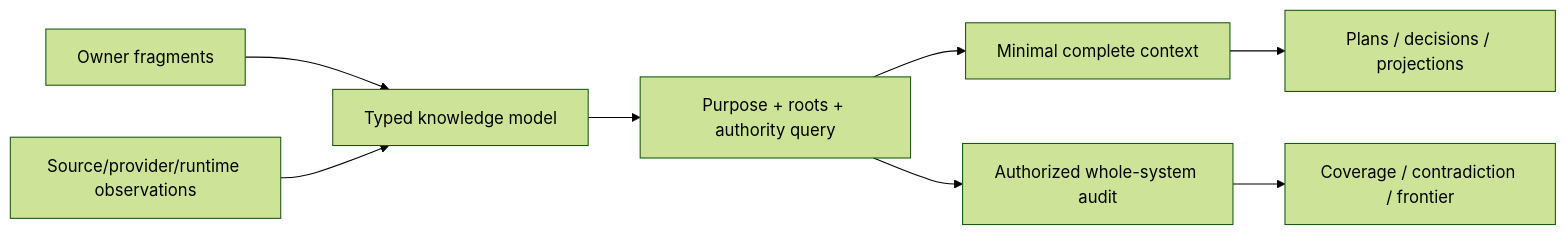
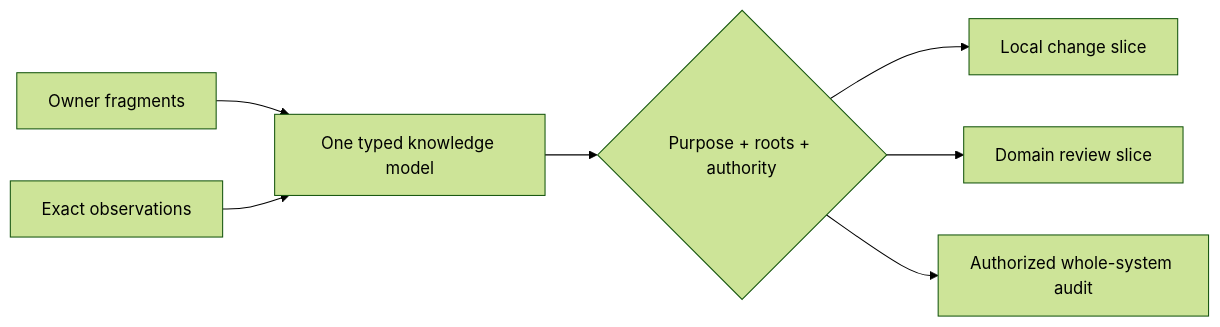
Before and after one commit to sec-platform/sec: the third of 3 diagrams in docs/system-architecture.md, drawn with Mermaid (forest theme). The commit also changed other lines of this file and 37 other files, not shown here.

````diff
--- a/docs/system-architecture.md
+++ b/docs/system-architecture.md
@@ -212,10 +223,9 @@
 ```mermaid
 flowchart LR
-  O[Owner fragments] --> M[Typed knowledge model]
-  S[Source/provider/runtime observations] --> M
-  M --> Q[Purpose + roots + authority query]
-  Q --> C[Minimal complete context]
+  F[Owner fragments] --> M[One typed knowledge model]
+  O[Exact observations] --> M
+  M --> Q{Purpose + roots + authority}
+  Q --> L[Local change slice]
+  Q --> R[Domain review slice]
   Q --> A[Authorized whole-system audit]
-  C --> P[Plans / decisions / projections]
-  A --> X[Coverage / contradiction / frontier]
 ```
````
